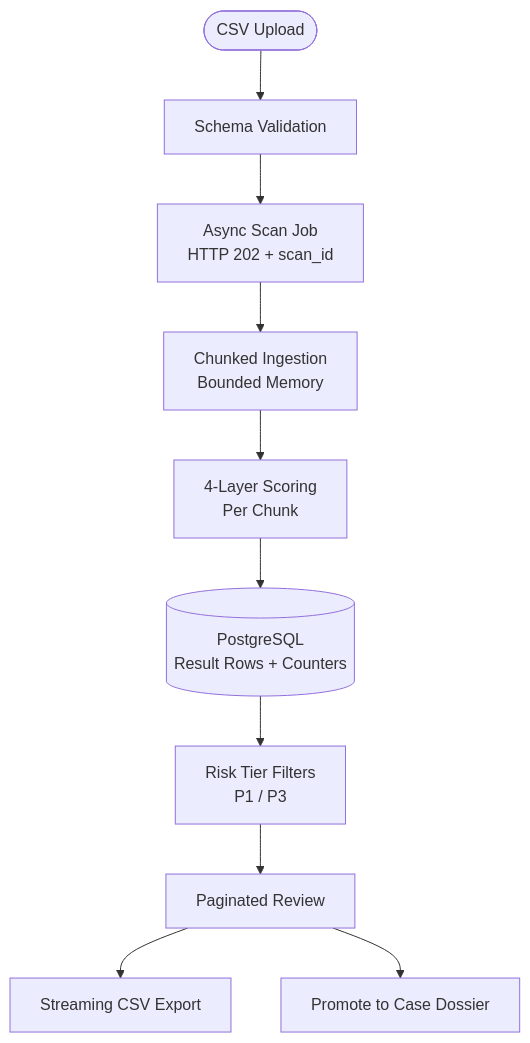
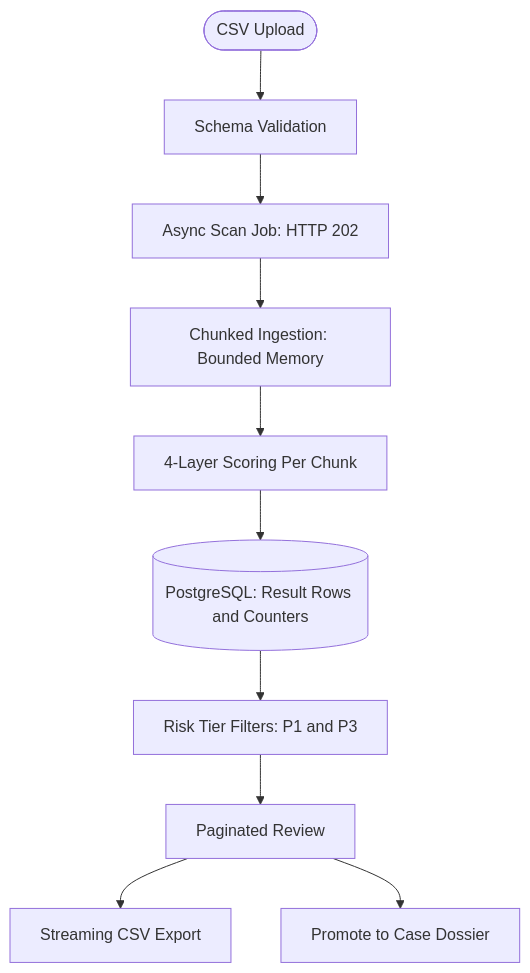
The fifth of 6 diagrams in README.md (IjazKakkodDS/transaction-fraud-intelligence-console), drawn with Mermaid before and after one commit. The commit also changed other lines of this file and 3 other files, not shown here.

````diff
--- a/README.md
+++ b/README.md
@@ -321,12 +321,12 @@
 ```mermaid
 flowchart TD
-    A([CSV Upload]) --> B[Schema Validation]
-    B --> C[Async Scan Job\nHTTP 202 + scan_id]
-    C --> D[Chunked Ingestion\nBounded Memory]
-    D --> E[4-Layer Scoring\nPer Chunk]
-    E --> F[(PostgreSQL\nResult Rows + Counters)]
-    F --> G[Risk Tier Filters\nP1 / P3]
-    G --> H[Paginated Review]
-    H --> I[Streaming CSV Export]
-    H --> J[Promote to Case Dossier]
+    A(["CSV Upload"]) --> B["Schema Validation"]
+    B --> C["Async Scan Job: HTTP 202"]
+    C --> D["Chunked Ingestion: Bounded Memory"]
+    D --> E["4-Layer Scoring Per Chunk"]
+    E --> F[("PostgreSQL: Result Rows and Counters")]
+    F --> G["Risk Tier Filters: P1 and P3"]
+    G --> H["Paginated Review"]
+    H --> I["Streaming CSV Export"]
+    H --> J["Promote to Case Dossier"]
 ```
````
